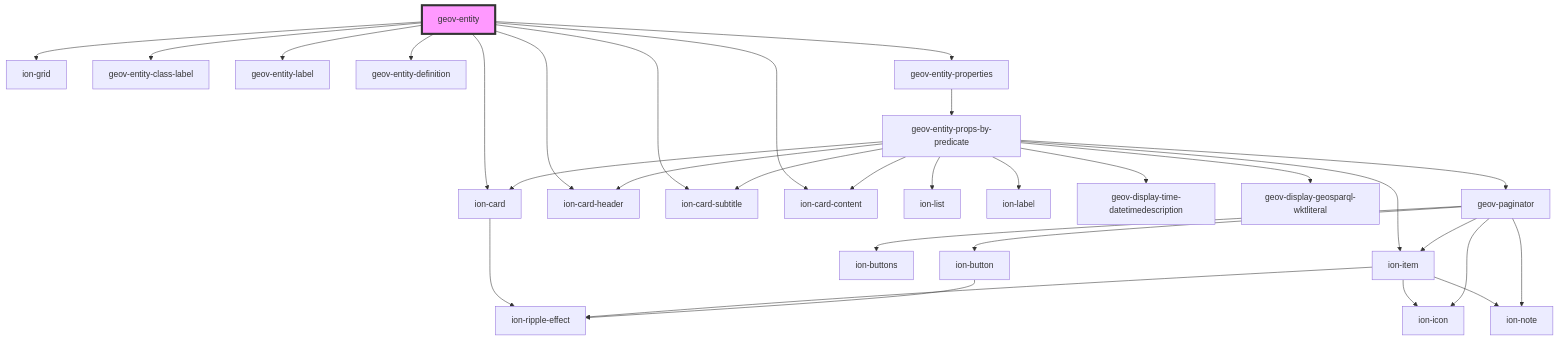
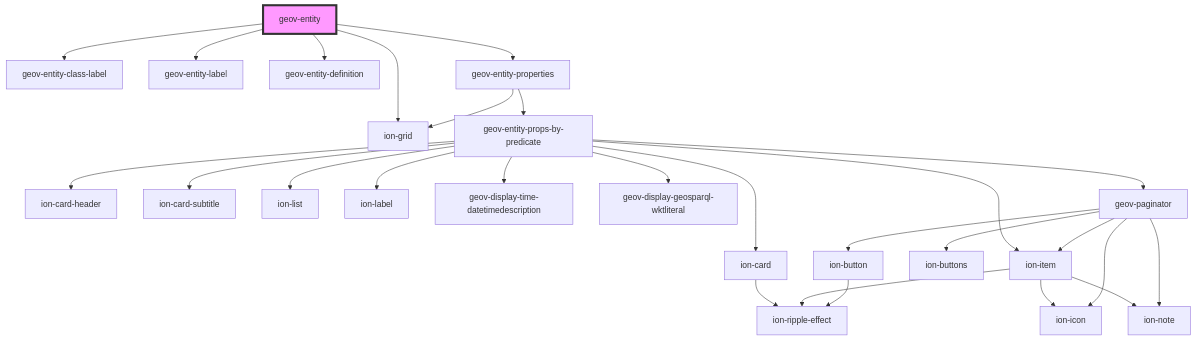
Before and after one commit to geovistory/design-system: the diagram in packages/design-system-web/src/components/geov-entity/readme.md, drawn with Mermaid. The commit also changed other lines of this file and 5 other files, not shown here.

````diff
--- a/packages/design-system-web/src/components/geov-entity/readme.md
+++ b/packages/design-system-web/src/components/geov-entity/readme.md
@@ -33,34 +32,30 @@
 ```mermaid
 graph TD;
   geov-entity --> ion-grid
   geov-entity --> geov-entity-class-label
   geov-entity --> geov-entity-label
   geov-entity --> geov-entity-definition
   geov-entity --> geov-entity-properties
-  geov-entity --> ion-card
-  geov-entity --> ion-card-header
-  geov-entity --> ion-card-subtitle
-  geov-entity --> ion-card-content
+  geov-entity-properties --> ion-grid
   geov-entity-properties --> geov-entity-props-by-predicate
   geov-entity-props-by-predicate --> ion-card
   geov-entity-props-by-predicate --> ion-card-header
   geov-entity-props-by-predicate --> ion-card-subtitle
-  geov-entity-props-by-predicate --> ion-card-content
   geov-entity-props-by-predicate --> ion-list
   geov-entity-props-by-predicate --> ion-item
   geov-entity-props-by-predicate --> ion-label
   geov-entity-props-by-predicate --> geov-display-time-datetimedescription
   geov-entity-props-by-predicate --> geov-display-geosparql-wktliteral
   geov-entity-props-by-predicate --> geov-paginator
   ion-card --> ion-ripple-effect
   ion-item --> ion-icon
   ion-item --> ion-ripple-effect
   ion-item --> ion-note
   geov-paginator --> ion-item
   geov-paginator --> ion-note
   geov-paginator --> ion-buttons
   geov-paginator --> ion-button
   geov-paginator --> ion-icon
   ion-button --> ion-ripple-effect
   style geov-entity fill:#f9f,stroke:#333,stroke-width:4px
 ```
````
